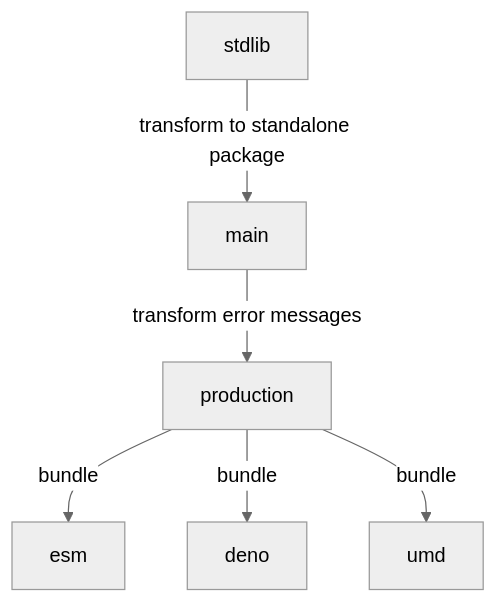
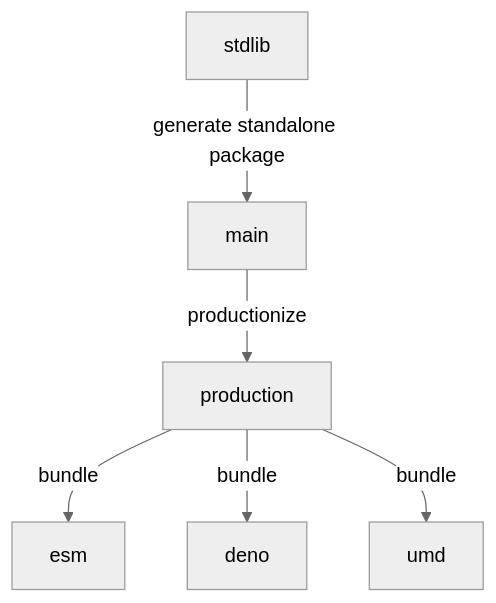
The diagram in branches.md (stdlib-js/string-snakecase), drawn with Mermaid (neutral theme) before and after one commit.

Commit message:
Update copy

````diff
--- a/branches.md
+++ b/branches.md
@@ -33,15 +33,15 @@
 ```mermaid
 graph TD;
-A[stdlib]-->|transform to standalone package|B;
-B[main] -->|transform error messages| C[production];
+A[stdlib]-->|generate standalone package|B;
+B[main] -->|productionize| C[production];
 C -->|bundle| D[esm];
 C -->|bundle| E[deno];
 C -->|bundle| F[umd];
 
 click A href "https://github.com/stdlib-js/stdlib/tree/develop/lib/node_modules/%40stdlib/string/snakecase"
 click B href "https://github.com/stdlib-js/string-snakecase/tree/main"
 click C href "https://github.com/stdlib-js/string-snakecase/tree/production"
 click D href "https://github.com/stdlib-js/string-snakecase/tree/esm"
 click E href "https://github.com/stdlib-js/string-snakecase/tree/deno"
 click F href "https://github.com/stdlib-js/string-snakecase/tree/umd"
 ```
````
